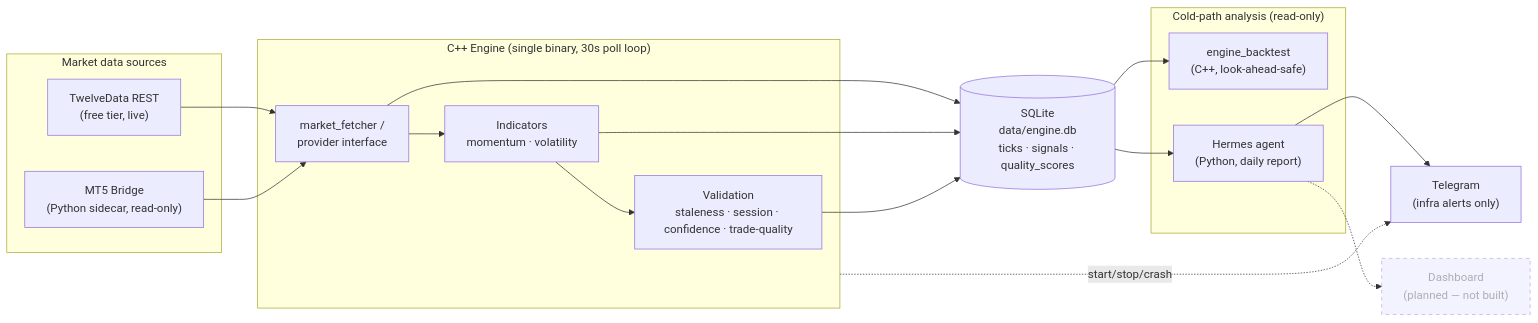
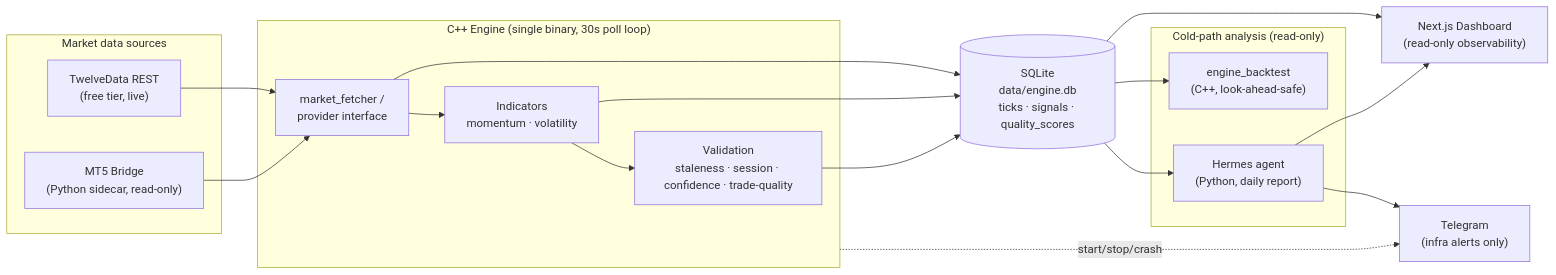
The diagram in README.md (Kadir70-dev/market-microstructure-engine), drawn with Mermaid before and after one commit. The commit also changed other lines of this file and 1 other file, not shown here.

First line of the commit message:
docs: feature the dashboard; reorder roadmap; flag predictive baseline as next

````diff
--- a/README.md
+++ b/README.md
@@ -59,37 +59,36 @@
 ```mermaid
 flowchart LR
     subgraph Feeds["Market data sources"]
         TD["TwelveData REST<br/>(free tier, live)"]
         MT5["MT5 Bridge<br/>(Python sidecar, read-only)"]
     end
 
     subgraph Engine["C++ Engine (single binary, 30s poll loop)"]
         FETCH["market_fetcher /<br/>provider interface"]
         IND["Indicators<br/>momentum · volatility"]
         VAL["Validation<br/>staleness · session · confidence · trade-quality"]
     end
 
     DB[("SQLite<br/>data/engine.db<br/>ticks · signals · quality_scores")]
 
     subgraph Cold["Cold-path analysis (read-only)"]
         BT["engine_backtest<br/>(C++, look-ahead-safe)"]
         HERMES["Hermes agent<br/>(Python, daily report)"]
     end
 
-    DASH["Dashboard<br/>(planned — not built)"]:::planned
+    DASH["Next.js Dashboard<br/>(read-only observability)"]
     TG["Telegram<br/>(infra alerts only)"]
 
     TD --> FETCH
     MT5 --> FETCH
     FETCH --> IND --> VAL
     FETCH --> DB
     IND --> DB
     VAL --> DB
     DB --> BT
     DB --> HERMES
+    DB --> DASH
+    HERMES --> DASH
     HERMES --> TG
-    HERMES -.-> DASH
     Engine -. start/stop/crash .-> TG
-
-    classDef planned stroke-dasharray: 5 5,opacity:0.6;
 ```
````
